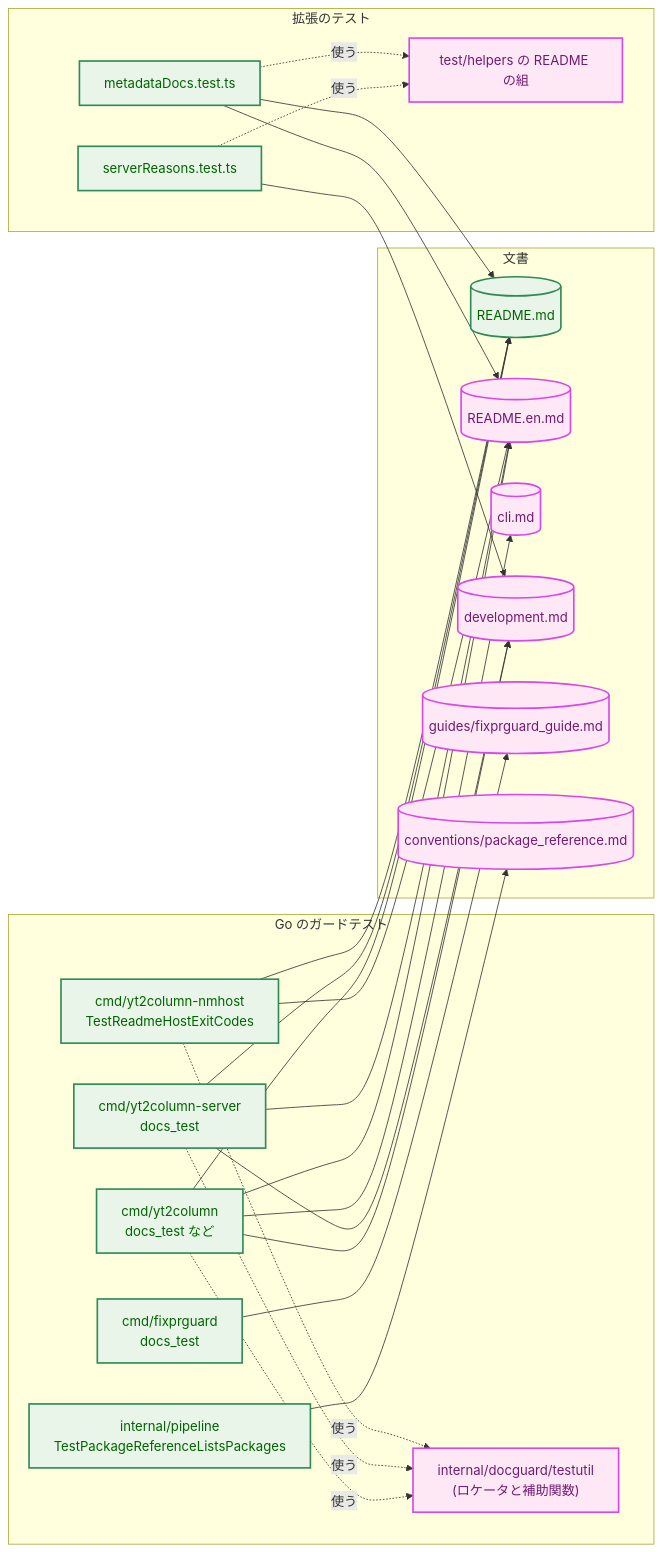
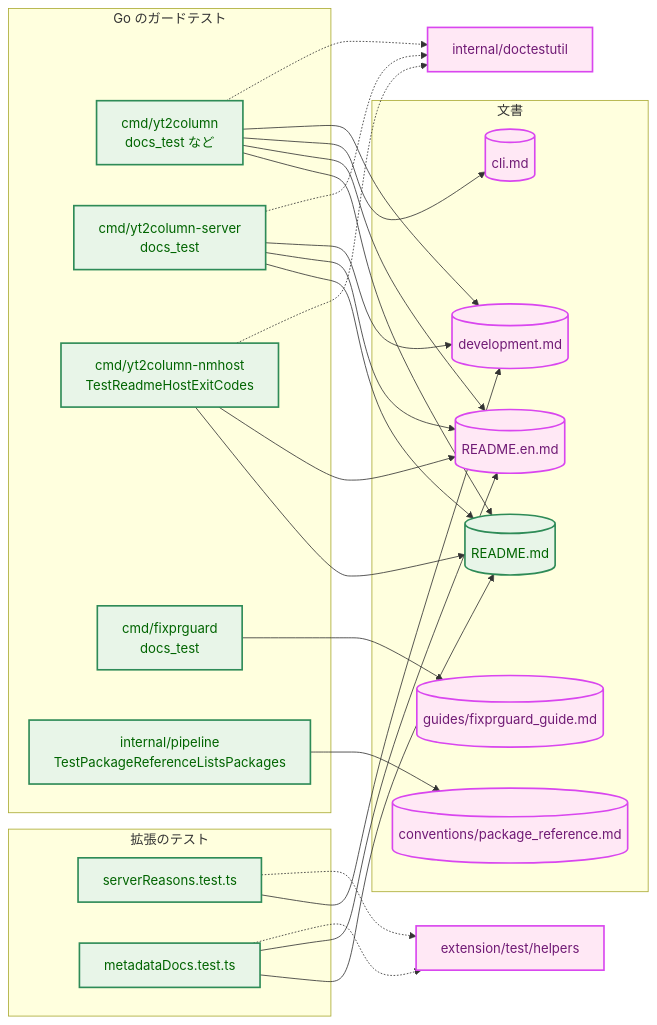
One commit to isseis/yt2column changed the third of 7 diagrams in docs/tasks/0048_doc_language_policy/02_architecture.md. Above: the diagram before and after it, drawn with Mermaid. The commit also changed other lines of this file, not shown here.

First line of the commit message:
docs(0048): address the architecture review findings

````diff
--- a/docs/tasks/0048_doc_language_policy/02_architecture.md
+++ b/docs/tasks/0048_doc_language_policy/02_architecture.md
@@ -98,54 +97,53 @@
 ```mermaid
 flowchart LR
-    classDef data fill:#e6f7ff,stroke:#1f77b4,stroke-width:1px,color:#0b3d91;
-    classDef process fill:#fff1e6,stroke:#ff7f0e,stroke-width:1px,color:#8a3e00;
     classDef enhanced fill:#e8f5e8,stroke:#2e8b57,stroke-width:2px,color:#006400;
     classDef newpkg fill:#ffe8f5,stroke:#d946ef,stroke-width:2px,color:#701a75;
 
     subgraph Docs["文書"]
         RJA[("README.md")]
         REN[("README.en.md")]
         CLI[("cli.md")]
         DEV[("development.md")]
         FG[("guides/fixprguard_guide.md")]
         PR[("conventions/package_reference.md")]
     end
 
     subgraph GoTests["Go のガードテスト"]
         Y["cmd/yt2column<br>docs_test など"]
         S["cmd/yt2column-server<br>docs_test"]
         N["cmd/yt2column-nmhost<br>TestReadmeHostExitCodes"]
         F["cmd/fixprguard<br>docs_test"]
         P["internal/pipeline<br>TestPackageReferenceListsPackages"]
-        DG["internal/docguard/testutil<br>(ロケータと補助関数)"]
     end
 
     subgraph TsTests["拡張のテスト"]
         SR["serverReasons.test.ts"]
         MD["metadataDocs.test.ts"]
-        LOC["test/helpers の README の組"]
     end
+
+    DG["internal/doctestutil"]
+    LOC["extension/test/helpers"]
 
     Y --> RJA
     Y --> REN
     Y --> CLI
     Y --> DEV
     S --> RJA
     S --> REN
     S --> DEV
     N --> RJA
     N --> REN
     F --> FG
     P --> PR
     SR --> DEV
     MD --> RJA
     MD --> REN
-    Y -.->|"使う"| DG
-    S -.->|"使う"| DG
-    N -.->|"使う"| DG
-    SR -.->|"使う"| LOC
-    MD -.->|"使う"| LOC
+    Y -.-> DG
+    S -.-> DG
+    N -.-> DG
+    SR -.-> LOC
+    MD -.-> LOC
 
     class RJA,Y,S,N,F,P,SR,MD enhanced
     class REN,CLI,DEV,FG,PR,DG,LOC newpkg
 ```
````
